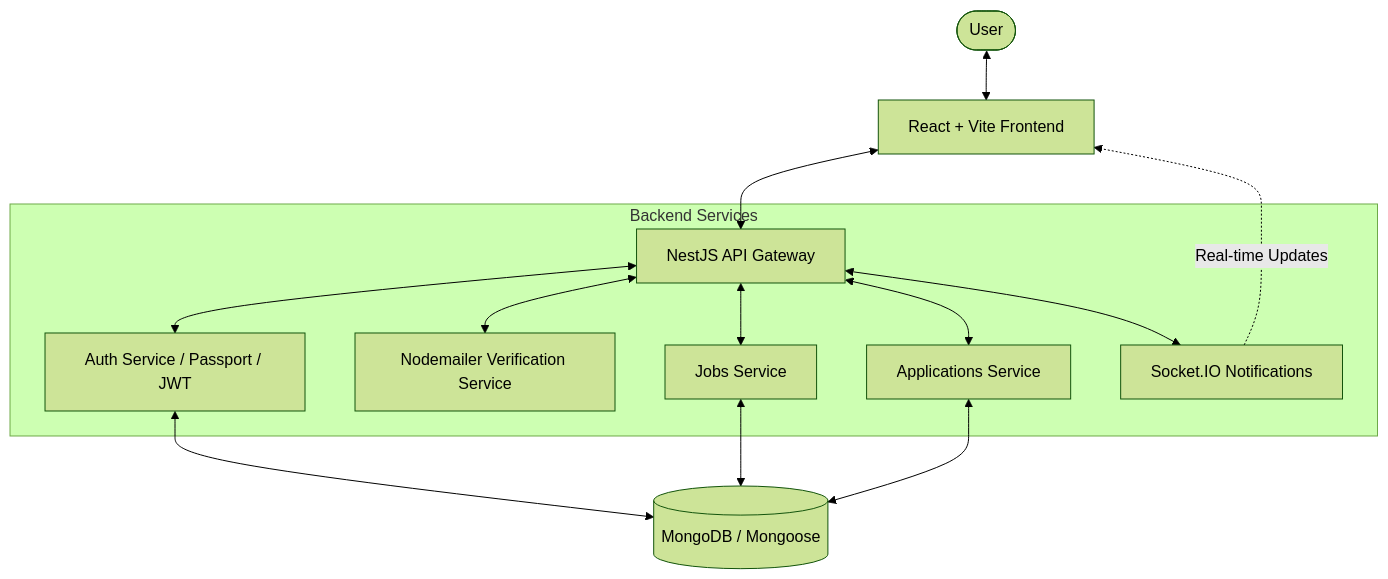
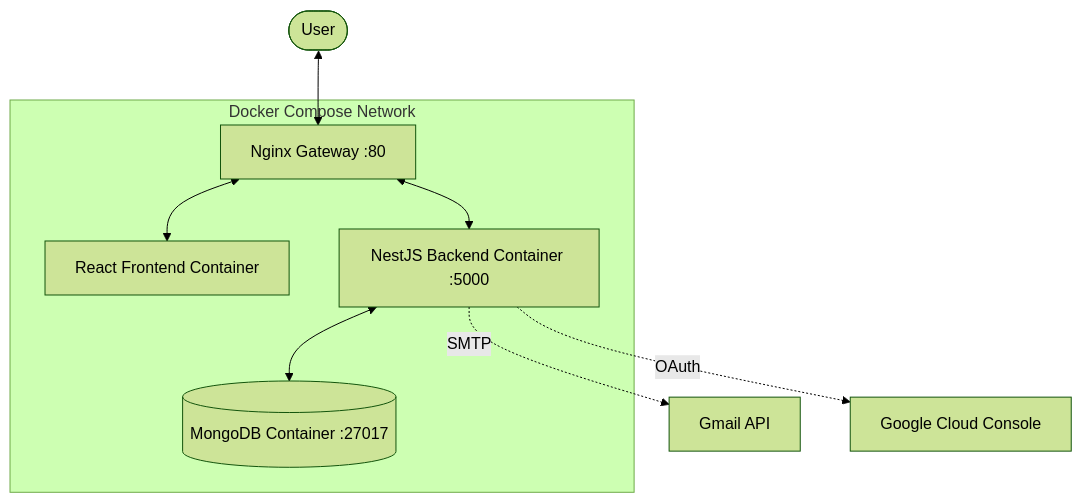
One commit to AyaanB24/job-portal-devops changed the diagram in README.md. Above: the diagram before and after it, drawn with Mermaid (forest theme). The commit also changed other lines of this file, not shown here.

````diff
--- a/README.md
+++ b/README.md
@@ -16,19 +42,13 @@
 ```mermaid
 graph TD
-    User([User]) <--> Frontend[React + Vite Frontend]
-    Frontend <--> API_Gateway[NestJS API Gateway]
+    User([User]) <--> Nginx[Nginx Gateway :80]
     
-    subgraph backend [Backend Services]
-        API_Gateway <--> Auth[Auth Service / Passport / JWT]
-        API_Gateway <--> Mail[Nodemailer Verification Service]
-        API_Gateway <--> Jobs[Jobs Service]
-        API_Gateway <--> Apps[Applications Service]
-        API_Gateway <--> Notif[Socket.IO Notifications]
+    subgraph docker [Docker Compose Network]
+        Nginx <--> Frontend[React Frontend Container]
+        Nginx <--> Backend[NestJS Backend Container :5000]
+        Backend <--> MongoDB[(MongoDB Container :27017)]
     end
     
-    Auth <--> DB[(MongoDB / Mongoose)]
-    Jobs <--> DB
-    Apps <--> DB
-    
-    Notif -.-> |Real-time Updates| Frontend
+    Backend -.-> |SMTP| Mail[Gmail API]
+    Backend -.-> |OAuth| Google[Google Cloud Console]
 ```
````
